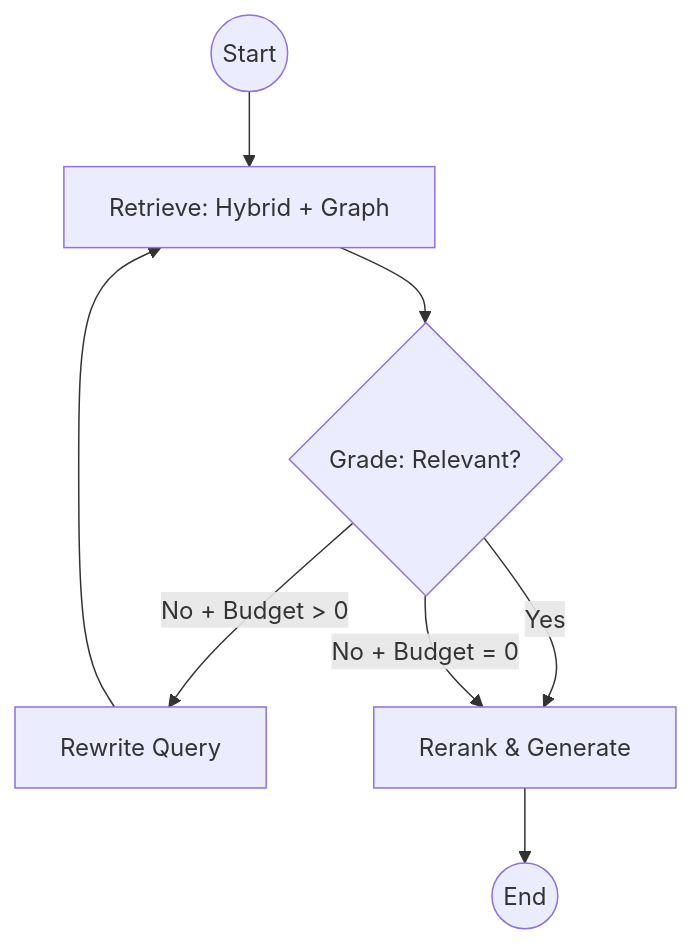
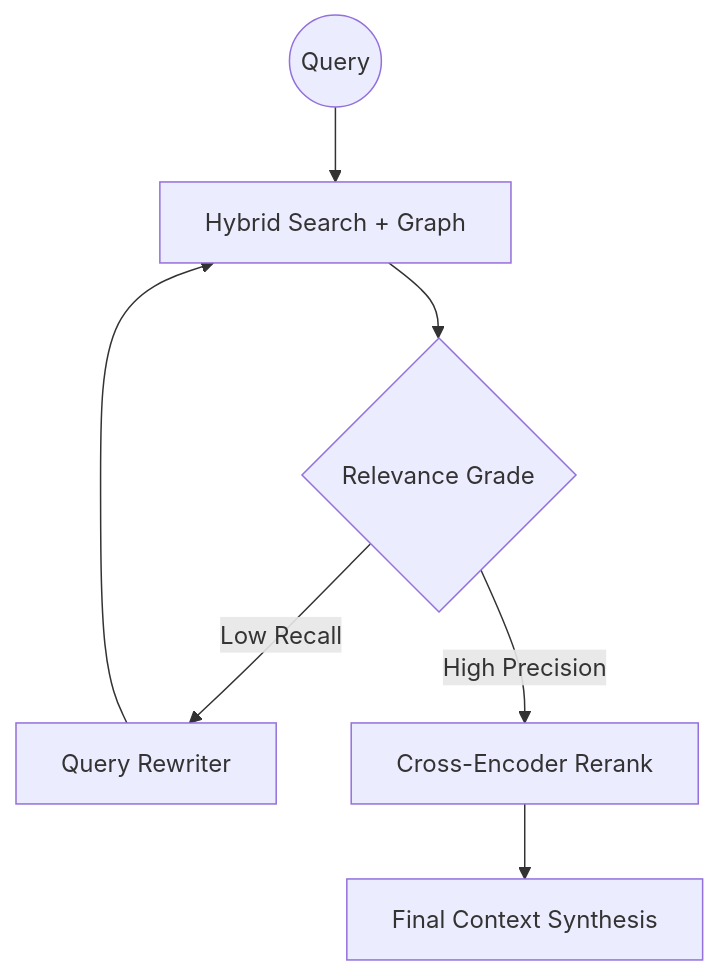
Before and after one commit to foersben/CodaCite: the diagram in docs/retrieval.md, drawn with Mermaid. The commit also changed other lines of this file and 171 other files, not shown here.

````diff
--- a/docs/retrieval.md
+++ b/docs/retrieval.md
@@ -39,13 +39,11 @@
 ```mermaid
 graph TD
-    START((Start)) --> RETRIEVE[Retrieve: Hybrid + Graph]
-    RETRIEVE --> GRADE{Grade: Relevant?}
+    START((Query)) --> RETRIEVE[Hybrid Search + Graph]
+    RETRIEVE --> GRADE{Relevance Grade}
 
-    GRADE -- No + Budget > 0 --> REWRITE[Rewrite Query]
+    GRADE -- "Low Recall" --> REWRITE[Query Rewriter]
     REWRITE --> RETRIEVE
 
-    GRADE -- Yes --> GENERATE[Rerank & Generate]
-    GRADE -- No + Budget = 0 --> GENERATE
-
-    GENERATE --> END((End))
+    GRADE -- "High Precision" --> RERANK[Cross-Encoder Rerank]
+    RERANK --> GEN[Final Context Synthesis]
 ```
````
